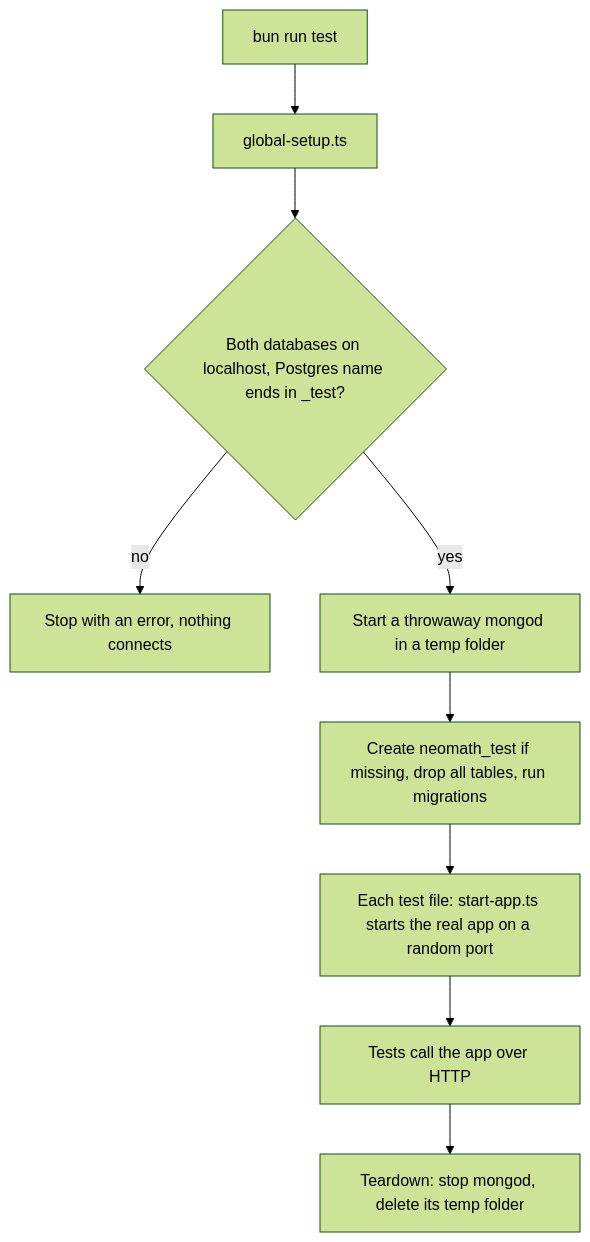
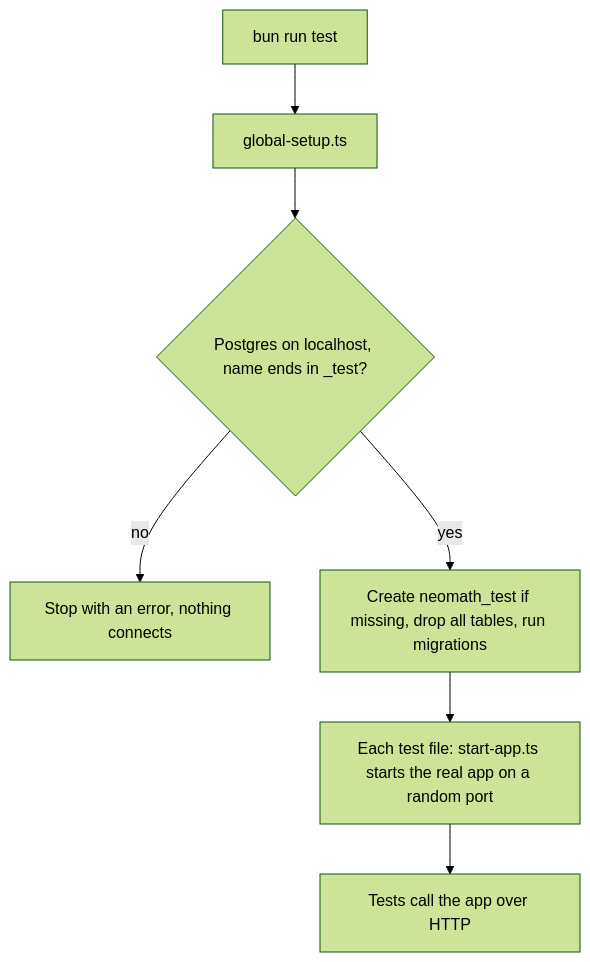
Before and after one commit to AbhishekBalija/MathGPT: the diagram in backend/tests/README.md, drawn with Mermaid (forest theme). The commit also changed other lines of this file and 16 other files, not shown here.

````diff
--- a/backend/tests/README.md
+++ b/backend/tests/README.md
@@ -19,11 +19,9 @@
 ```mermaid
 flowchart TD
     A[bun run test] --> B[global-setup.ts]
-    B --> C{Both databases on localhost, Postgres name ends in _test?}
+    B --> C{Postgres on localhost, name ends in _test?}
     C -- no --> X[Stop with an error, nothing connects]
-    C -- yes --> D[Start a throwaway mongod in a temp folder]
-    D --> E[Create neomath_test if missing, drop all tables, run migrations]
+    C -- yes --> E[Create neomath_test if missing, drop all tables, run migrations]
     E --> F[Each test file: start-app.ts starts the real app on a random port]
     F --> G[Tests call the app over HTTP]
-    G --> H[Teardown: stop mongod, delete its temp folder]
 ```
````
